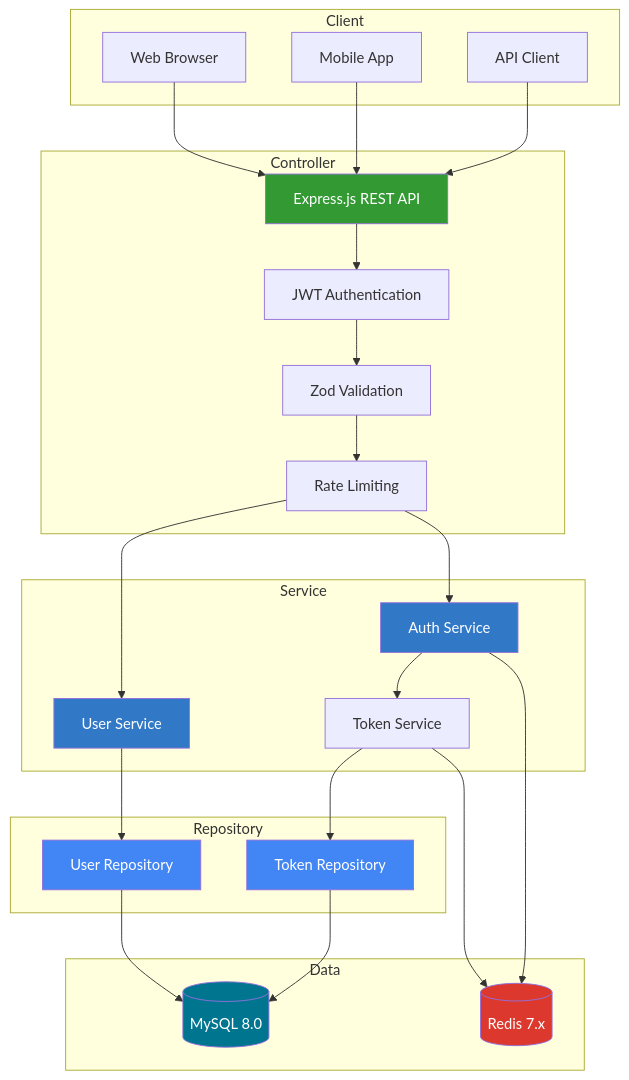
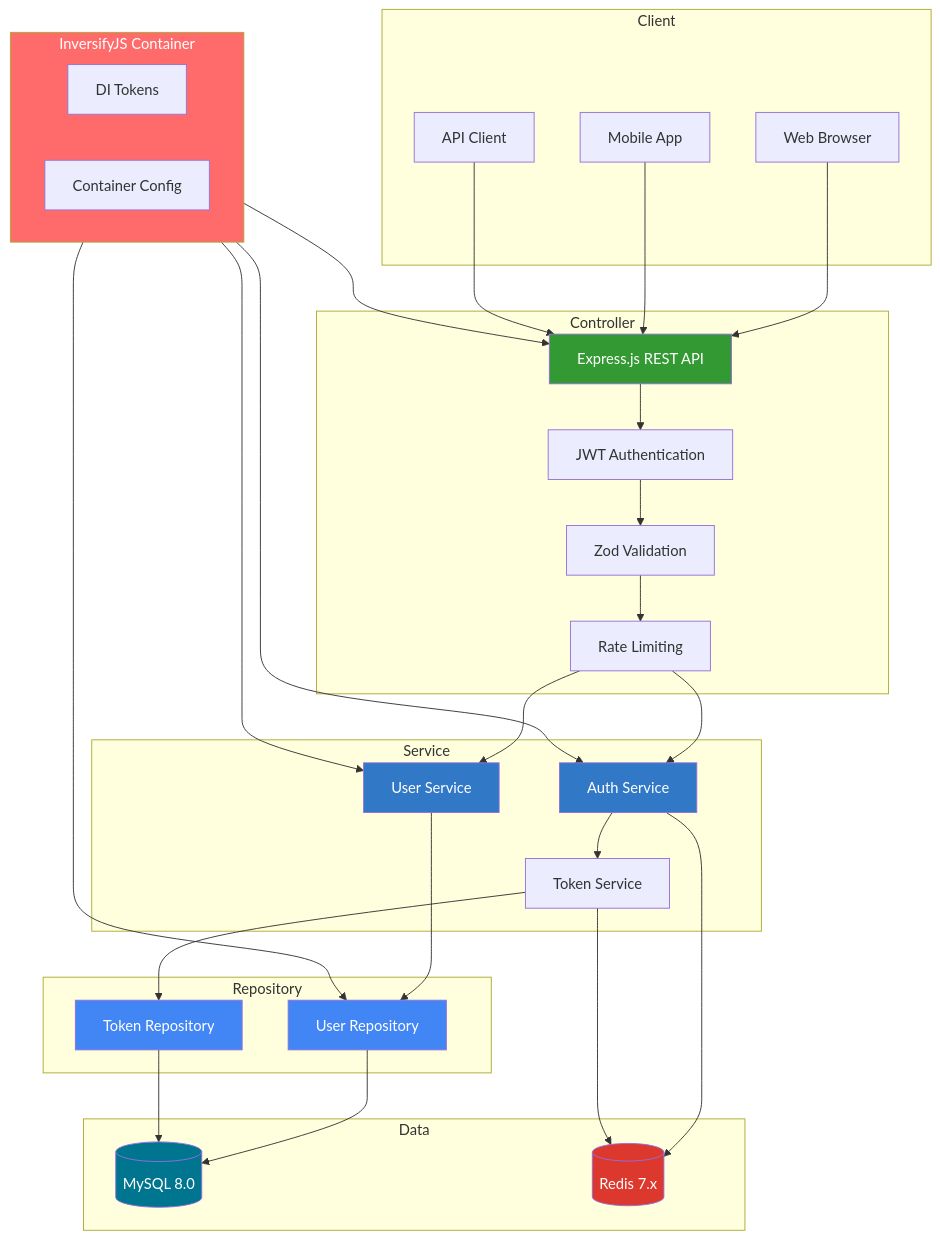
The first of 15 diagrams in README.md (jrjohn/arcana-cloud-nodejs), drawn with Mermaid before and after one commit. The commit also changed other lines of this file and 32 other files, not shown here.

````diff
--- a/README.md
+++ b/README.md
@@ -28,55 +29,65 @@
 ```mermaid
 graph TB
     subgraph Client
         WEB["Web Browser"]
         MOBILE["Mobile App"]
         API["API Client"]
+    end
+
+    subgraph DI["InversifyJS Container"]
+        TOKENS["DI Tokens"]
+        CONTAINER["Container Config"]
     end
 
     subgraph Controller
         CTRL["Express.js REST API"]
         AUTH["JWT Authentication"]
         VALID["Zod Validation"]
         RATE["Rate Limiting"]
     end
 
     subgraph Service
         USER_SVC["User Service"]
         AUTH_SVC["Auth Service"]
         TOKEN_SVC["Token Service"]
     end
 
     subgraph Repository
         USER_REPO["User Repository"]
         TOKEN_REPO["Token Repository"]
     end
 
     subgraph Data
         MYSQL[("MySQL 8.0")]
         REDIS[("Redis 7.x")]
     end
 
     WEB --> CTRL
     MOBILE --> CTRL
     API --> CTRL
     CTRL --> AUTH
     AUTH --> VALID
     VALID --> RATE
+    DI --> CTRL
+    DI --> USER_SVC
+    DI --> AUTH_SVC
+    DI --> USER_REPO
     RATE --> USER_SVC
     RATE --> AUTH_SVC
     AUTH_SVC --> TOKEN_SVC
     USER_SVC --> USER_REPO
     TOKEN_SVC --> TOKEN_REPO
     USER_REPO --> MYSQL
     TOKEN_REPO --> MYSQL
     AUTH_SVC --> REDIS
     TOKEN_SVC --> REDIS
 
+    style DI fill:#FF6B6B,color:#fff
     style CTRL fill:#339933,color:#fff
     style USER_SVC fill:#3178C6,color:#fff
     style AUTH_SVC fill:#3178C6,color:#fff
     style USER_REPO fill:#4285F4,color:#fff
     style TOKEN_REPO fill:#4285F4,color:#fff
     style MYSQL fill:#00758F,color:#fff
     style REDIS fill:#DC382D,color:#fff
 ```
````
